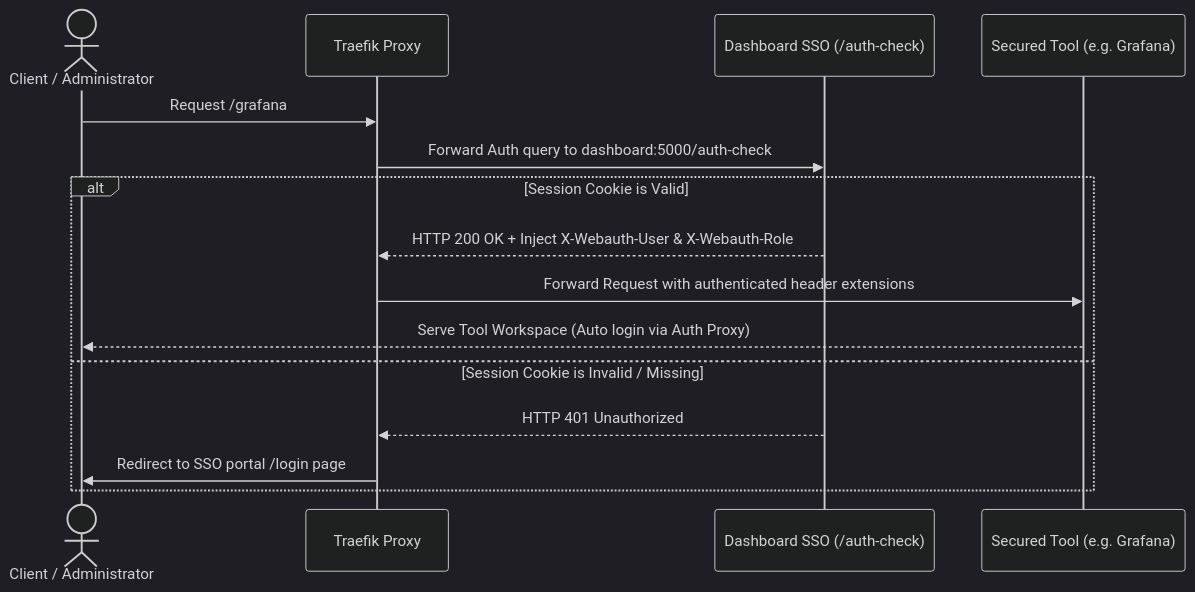
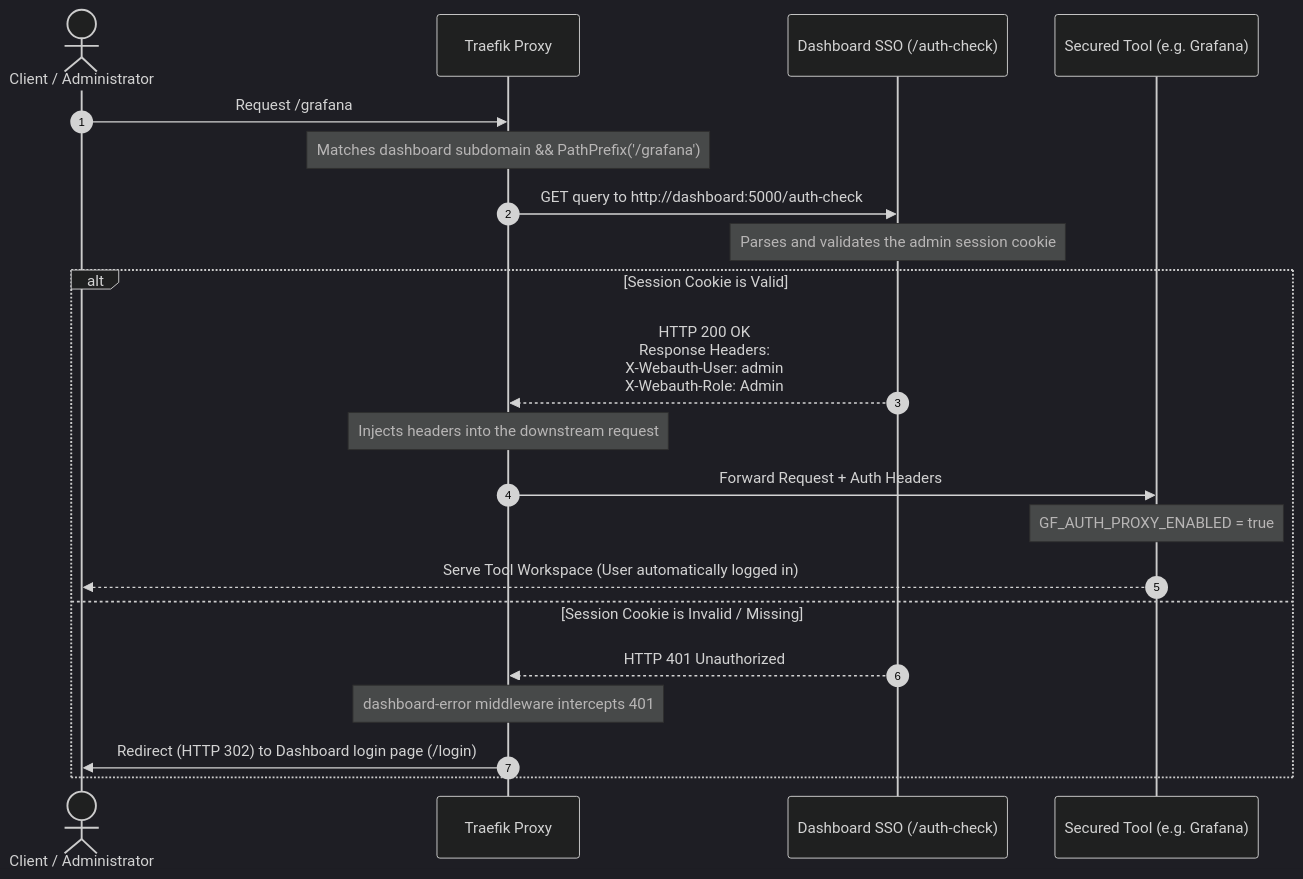
The fourth of 5 diagrams in README.md (pinano/traefik-pro-stack), drawn with Mermaid (dark theme) before and after one commit. The commit also changed other lines of this file and 4 other files, not shown here.

Commit message:
refactor: implement dynamic crowdsec scenario management and update architecture documentation

````diff
--- a/README.md
+++ b/README.md
@@ -318,18 +362,25 @@
 ```mermaid
 sequenceDiagram
+    autonumber
     actor Client as Client / Administrator
     participant Traefik as Traefik Proxy
     participant SSO as Dashboard SSO (/auth-check)
     participant Tool as Secured Tool (e.g. Grafana)
     
     Client->>Traefik: Request /grafana
-    Traefik->>SSO: Forward Auth query to dashboard:5000/auth-check
+    Note over Traefik: Matches dashboard subdomain && PathPrefix('/grafana')
+    Traefik->>SSO: GET query to http://dashboard:5000/auth-check
+    Note over SSO: Parses and validates the admin session cookie
+    
     alt Session Cookie is Valid
-        SSO-->>Traefik: HTTP 200 OK + Inject X-Webauth-User & X-Webauth-Role
-        Traefik->>Tool: Forward Request with authenticated header extensions
-        Tool-->>Client: Serve Tool Workspace (Auto login via Auth Proxy)
+        SSO-->>Traefik: HTTP 200 OK<br>Response Headers:<br>X-Webauth-User: admin<br>X-Webauth-Role: Admin
+        Note over Traefik: Injects headers into the downstream request
+        Traefik->>Tool: Forward Request + Auth Headers
+        Note over Tool: GF_AUTH_PROXY_ENABLED = true
+        Tool-->>Client: Serve Tool Workspace (User automatically logged in)
     else Session Cookie is Invalid / Missing
         SSO-->>Traefik: HTTP 401 Unauthorized
-        Traefik->>Client: Redirect to SSO portal /login page
+        Note over Traefik: dashboard-error middleware intercepts 401
+        Traefik->>Client: Redirect (HTTP 302) to Dashboard login page (/login)
     end
 ```
````
